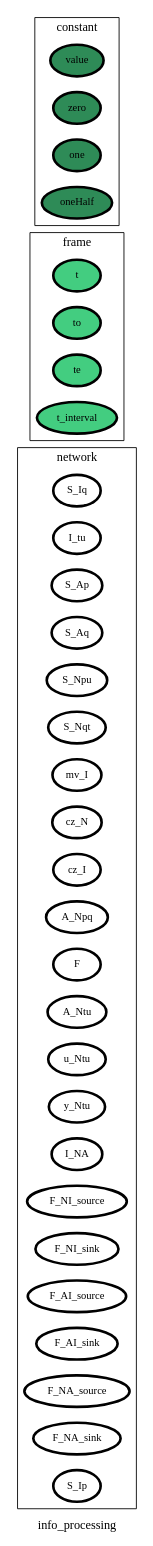
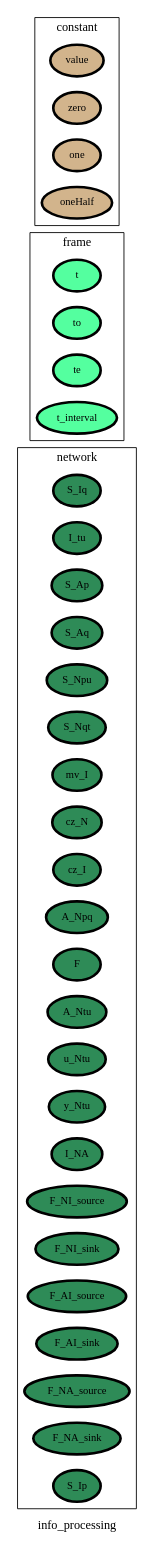
One commit to heinz-preisig/processes_000_HAP changed the diagram in ontology_graphs/graph__info_processing.dot. Above: the diagram before and after it, drawn with Graphviz. The commit also changed 32 other files, not shown here.

```diff
--- a/ontology_graphs/graph__info_processing.dot
+++ b/ontology_graphs/graph__info_processing.dot
@@ -1,54 +1,54 @@
 digraph info_processing {
 label=info_processing;
 rankdir=LR;
 subgraph cluster_info_processing___network {
 label=network;
 rankdir=LR;
-V_10 [fillcolor=white, fontsize=12, label=S_Iq, penwidth=3, style=filled];
-V_11 [fillcolor=white, fontsize=12, label=I_tu, penwidth=3, style=filled];
-V_12 [fillcolor=white, fontsize=12, label=S_Ap, penwidth=3, style=filled];
-V_13 [fillcolor=white, fontsize=12, label=S_Aq, penwidth=3, style=filled];
-V_14 [fillcolor=white, fontsize=12, label=S_Npu, penwidth=3, style=filled];
-V_15 [fillcolor=white, fontsize=12, label=S_Nqt, penwidth=3, style=filled];
-V_16 [fillcolor=white, fontsize=12, label=mv_I, penwidth=3, style=filled];
-V_17 [fillcolor=white, fontsize=12, label=cz_N, penwidth=3, style=filled];
-V_18 [fillcolor=white, fontsize=12, label=cz_I, penwidth=3, style=filled];
-V_19 [fillcolor=white, fontsize=12, label=A_Npq, penwidth=3, style=filled];
-V_2 [fillcolor=white, fontsize=12, label=F, penwidth=3, style=filled];
-V_20 [fillcolor=white, fontsize=12, label=A_Ntu, penwidth=3, style=filled];
-V_21 [fillcolor=white, fontsize=12, label=u_Ntu, penwidth=3, style=filled];
-V_22 [fillcolor=white, fontsize=12, label=y_Ntu, penwidth=3, style=filled];
-V_27 [fillcolor=white, fontsize=12, label=I_NA, penwidth=3, style=filled];
-V_3 [fillcolor=white, fontsize=12, label=F_NI_source, penwidth=3, style=filled];
-V_4 [fillcolor=white, fontsize=12, label=F_NI_sink, penwidth=3, style=filled];
-V_5 [fillcolor=white, fontsize=12, label=F_AI_source, penwidth=3, style=filled];
-V_6 [fillcolor=white, fontsize=12, label=F_AI_sink, penwidth=3, style=filled];
-V_7 [fillcolor=white, fontsize=12, label=F_NA_source, penwidth=3, style=filled];
-V_8 [fillcolor=white, fontsize=12, label=F_NA_sink, penwidth=3, style=filled];
-V_9 [fillcolor=white, fontsize=12, label=S_Ip, penwidth=3, style=filled];
+V_10 [fillcolor=seagreen, fontsize=12, label=S_Iq, penwidth=3, style=filled];
+V_11 [fillcolor=seagreen, fontsize=12, label=I_tu, penwidth=3, style=filled];
+V_12 [fillcolor=seagreen, fontsize=12, label=S_Ap, penwidth=3, style=filled];
+V_13 [fillcolor=seagreen, fontsize=12, label=S_Aq, penwidth=3, style=filled];
+V_14 [fillcolor=seagreen, fontsize=12, label=S_Npu, penwidth=3, style=filled];
+V_15 [fillcolor=seagreen, fontsize=12, label=S_Nqt, penwidth=3, style=filled];
+V_16 [fillcolor=seagreen, fontsize=12, label=mv_I, penwidth=3, style=filled];
+V_17 [fillcolor=seagreen, fontsize=12, label=cz_N, penwidth=3, style=filled];
+V_18 [fillcolor=seagreen, fontsize=12, label=cz_I, penwidth=3, style=filled];
+V_19 [fillcolor=seagreen, fontsize=12, label=A_Npq, penwidth=3, style=filled];
+V_2 [fillcolor=seagreen, fontsize=12, label=F, penwidth=3, style=filled];
+V_20 [fillcolor=seagreen, fontsize=12, label=A_Ntu, penwidth=3, style=filled];
+V_21 [fillcolor=seagreen, fontsize=12, label=u_Ntu, penwidth=3, style=filled];
+V_22 [fillcolor=seagreen, fontsize=12, label=y_Ntu, penwidth=3, style=filled];
+V_27 [fillcolor=seagreen, fontsize=12, label=I_NA, penwidth=3, style=filled];
+V_3 [fillcolor=seagreen, fontsize=12, label=F_NI_source, penwidth=3, style=filled];
+V_4 [fillcolor=seagreen, fontsize=12, label=F_NI_sink, penwidth=3, style=filled];
+V_5 [fillcolor=seagreen, fontsize=12, label=F_AI_source, penwidth=3, style=filled];
+V_6 [fillcolor=seagreen, fontsize=12, label=F_AI_sink, penwidth=3, style=filled];
+V_7 [fillcolor=seagreen, fontsize=12, label=F_NA_source, penwidth=3, style=filled];
+V_8 [fillcolor=seagreen, fontsize=12, label=F_NA_sink, penwidth=3, style=filled];
+V_9 [fillcolor=seagreen, fontsize=12, label=S_Ip, penwidth=3, style=filled];
 }
 
 subgraph cluster_info_processing___frame {
 label=frame;
 rankdir=LR;
-V_1 [fillcolor=seagreen3, fontsize=12, label=t, penwidth=3, style=filled];
-V_105 [fillcolor=seagreen3, fontsize=12, label=to, penwidth=3, style=filled];
-V_106 [fillcolor=seagreen3, fontsize=12, label=te, penwidth=3, style=filled];
-V_107 [fillcolor=seagreen3, fontsize=12, label=t_interval, penwidth=3, style=filled];
+V_1 [fillcolor=seagreen1, fontsize=12, label=t, penwidth=3, style=filled];
+V_105 [fillcolor=seagreen1, fontsize=12, label=to, penwidth=3, style=filled];
+V_106 [fillcolor=seagreen1, fontsize=12, label=te, penwidth=3, style=filled];
+V_107 [fillcolor=seagreen1, fontsize=12, label=t_interval, penwidth=3, style=filled];
 }
 
 subgraph cluster_info_processing___state {
 label=state;
 rankdir=LR;
 }
 
 subgraph cluster_info_processing___constant {
 label=constant;
 rankdir=LR;
-V_101 [fillcolor=seagreen, fontsize=12, label=value, penwidth=3, style=filled];
-V_102 [fillcolor=seagreen, fontsize=12, label=zero, penwidth=3, style=filled];
-V_103 [fillcolor=seagreen, fontsize=12, label=one, penwidth=3, style=filled];
-V_104 [fillcolor=seagreen, fontsize=12, label=oneHalf, penwidth=3, style=filled];
+V_101 [fillcolor=tan, fontsize=12, label=value, penwidth=3, style=filled];
+V_102 [fillcolor=tan, fontsize=12, label=zero, penwidth=3, style=filled];
+V_103 [fillcolor=tan, fontsize=12, label=one, penwidth=3, style=filled];
+V_104 [fillcolor=tan, fontsize=12, label=oneHalf, penwidth=3, style=filled];
 }
 
 }
```
